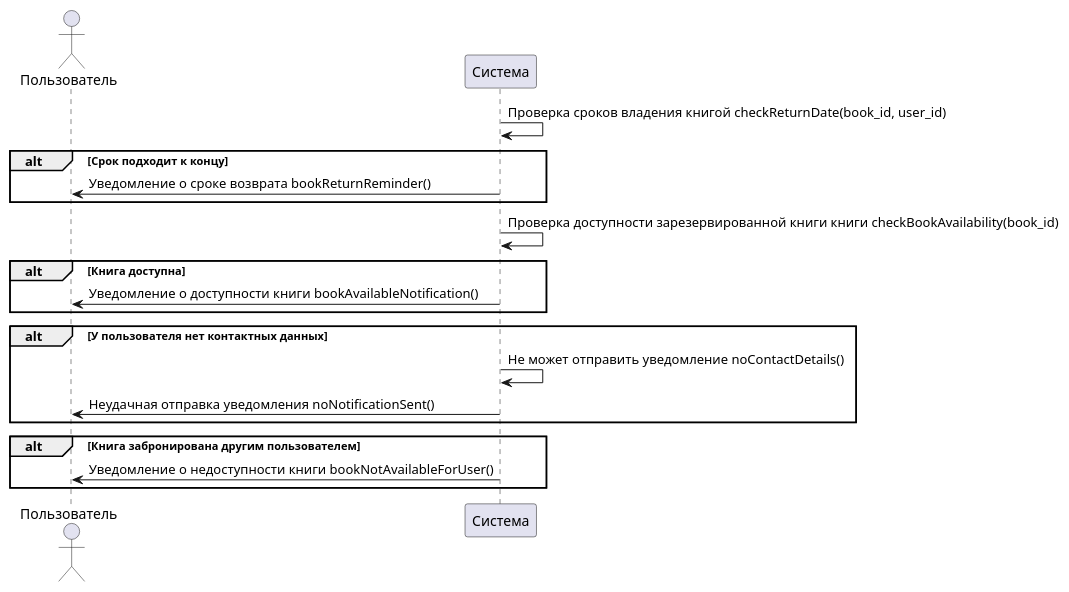
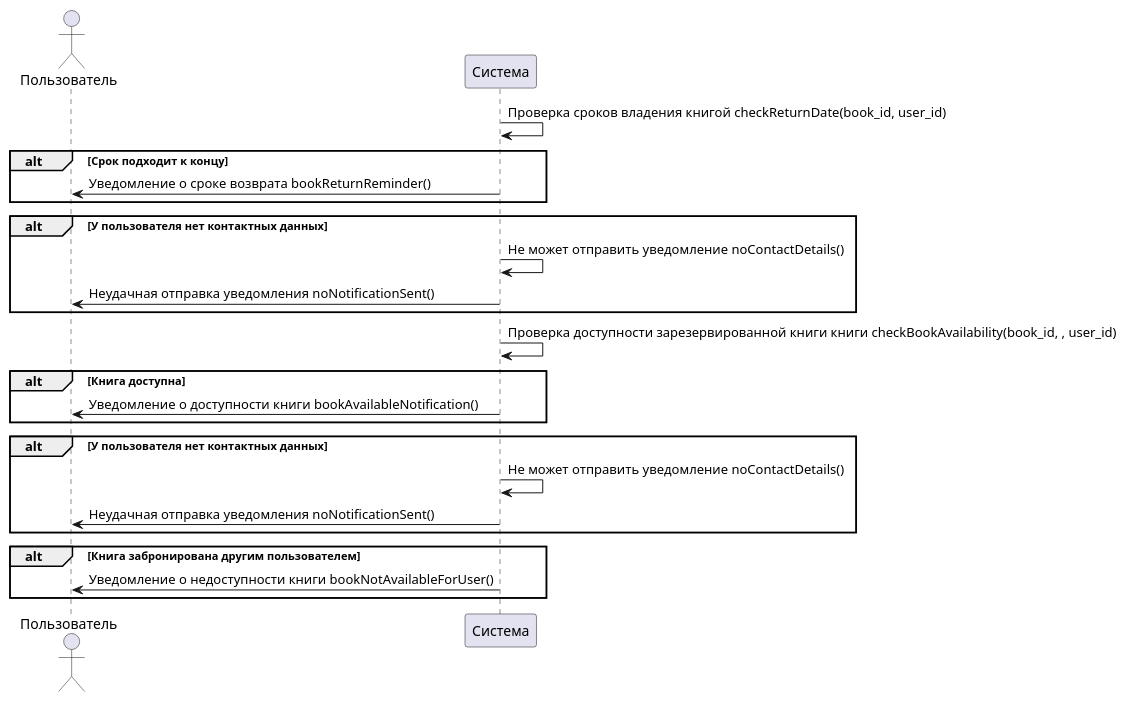
Before and after one commit to penamarth/bsbo-03-22_team1_var2: the diagram in Theory/Прецеденты/Уведомление/Уведомление uml.md, drawn with PlantUML.

Commit message:
Update Уведомление uml.md

```diff
--- a/Theory/Прецеденты/Уведомление/Уведомление uml.md
+++ b/Theory/Прецеденты/Уведомление/Уведомление uml.md
@@ -1,25 +1,29 @@
 @startuml
 
 actor Пользователь
 participant Система
 
 Система -> Система : Проверка сроков владения книгой checkReturnDate(book_id, user_id)
 alt Срок подходит к концу
     Система -> Пользователь : Уведомление о сроке возврата bookReturnReminder()
 end
+alt У пользователя нет контактных данных
+    Система -> Система : Не может отправить уведомление noContactDetails()
+    Система -> Пользователь : Неудачная отправка уведомления noNotificationSent()
+end
 
-Система -> Система : Проверка доступности зарезервированной книги книги checkBookAvailability(book_id)
+Система -> Система : Проверка доступности зарезервированной книги книги checkBookAvailability(book_id, , user_id)
 alt Книга доступна
     Система -> Пользователь : Уведомление о доступности книги bookAvailableNotification()
 end
 
 alt У пользователя нет контактных данных
     Система -> Система : Не может отправить уведомление noContactDetails()
     Система -> Пользователь : Неудачная отправка уведомления noNotificationSent()
 end
 
 alt Книга забронирована другим пользователем
     Система -> Пользователь : Уведомление о недоступности книги bookNotAvailableForUser()
 end
 
 @enduml
```
